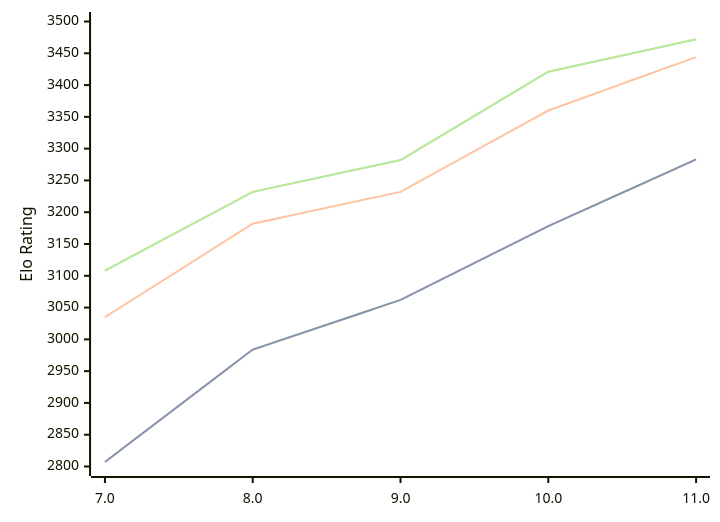
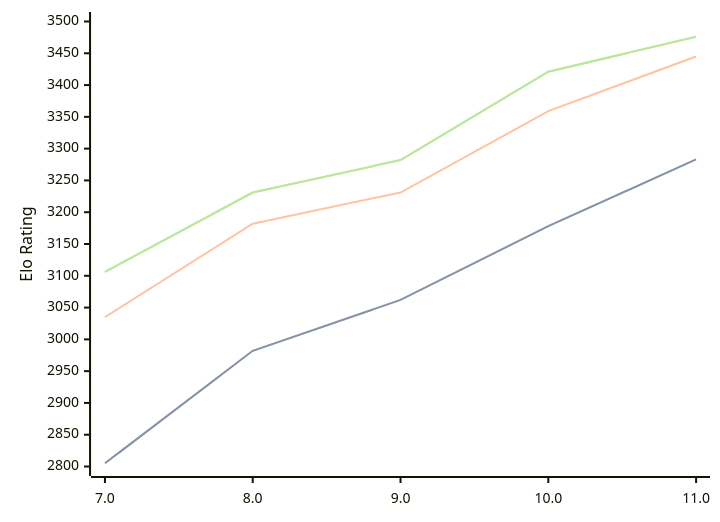
One commit to computer-chess-index/cci changed the diagram in engines/Tcheran.md. Above: the diagram before and after it, drawn with Mermaid. The commit also changed other lines of this file, not shown here.

Commit message:
Update CCI Ratings (ELO VLTC) - 2026-03-12

````diff
--- a/engines/Tcheran.md
+++ b/engines/Tcheran.md
@@ -47,11 +47,11 @@
 ```mermaid
 %%{init: {"theme":"base","themeVariables":{"seriesColors:['#a3a3a3','#222221','#faa371']}}}%%
 xychart-beta
   x-axis ["7.0", "8.0", "9.0", "10.0", "11.0"]
   y-axis "Elo Rating" 2800 --> 3500
-  line "STC (8.0+0.08s)" [2807, 2984, 3062, 3178, 3283]
-  line "STC (8.0+0.08s)" [2807, 2984, 3062, 3178, 3283]
-  line "LTC (60.0+0.60s)" [3035, 3182, 3232, 3360, 3444]
-  line "VLTC (2m24s+1.12s)" [3108, 3232, 3282, 3421, 3472]
-  line "VLTC (2m24s+1.12s)" [3108, 3232, 3282, 3421, 3472]
+  line "STC (8.0+0.08s)" [2805, 2982, 3062, 3178, 3283]
+  line "STC (8.0+0.08s)" [2805, 2982, 3062, 3178, 3283]
+  line "LTC (60.0+0.60s)" [3035, 3182, 3231, 3359, 3445]
+  line "VLTC (2m24s+1.12s)" [3106, 3231, 3282, 3421, 3476]
+  line "VLTC (2m24s+1.12s)" [3106, 3231, 3282, 3421, 3476]
 ```
````
